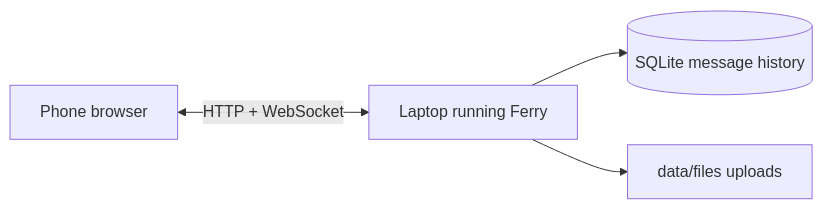
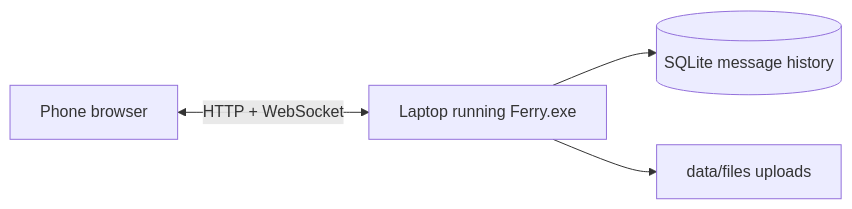
The diagram in README.md (strix52/ferry), drawn with Mermaid before and after one commit. The commit also changed other lines of this file and 81 other files, not shown here.

````diff
--- a/README.md
+++ b/README.md
@@ -31,6 +35,6 @@
 ```mermaid
 flowchart LR
-  Phone["Phone browser"] <-->|"HTTP + WebSocket"| Laptop["Laptop running Ferry"]
+  Phone["Phone browser"] <-->|"HTTP + WebSocket"| Laptop["Laptop running Ferry.exe"]
   Laptop --> DB[("SQLite message history")]
   Laptop --> Files["data/files uploads"]
 ```
````
